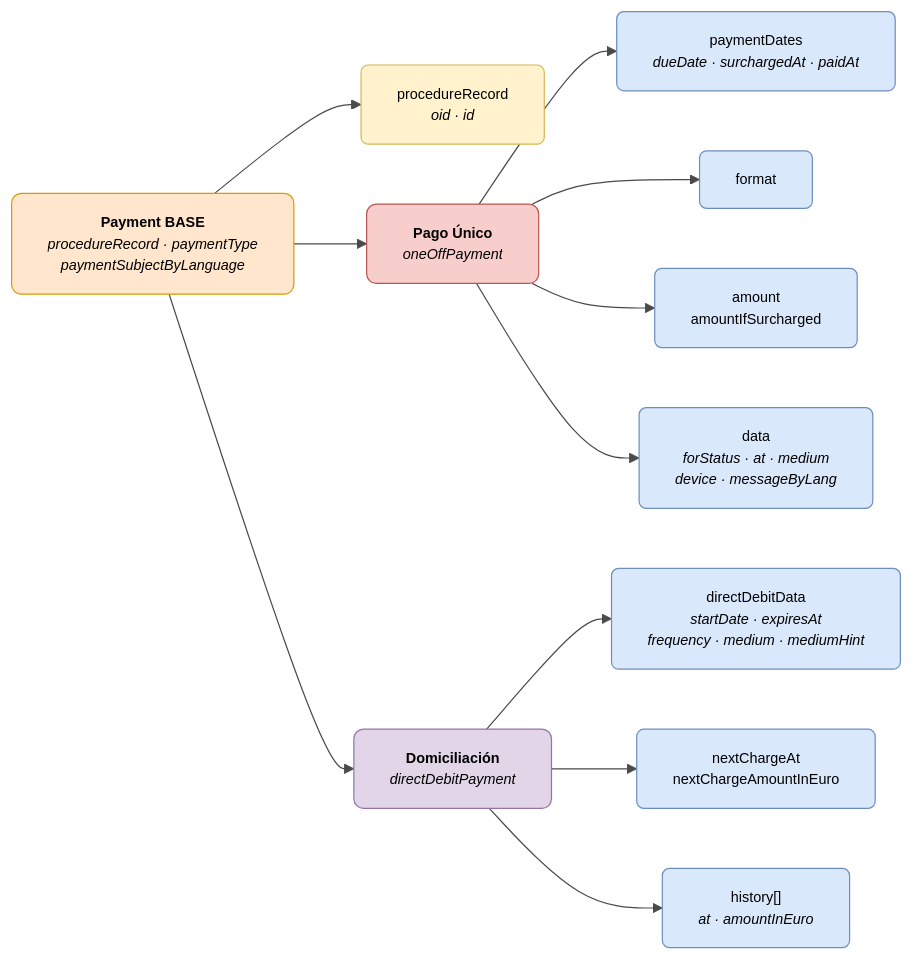
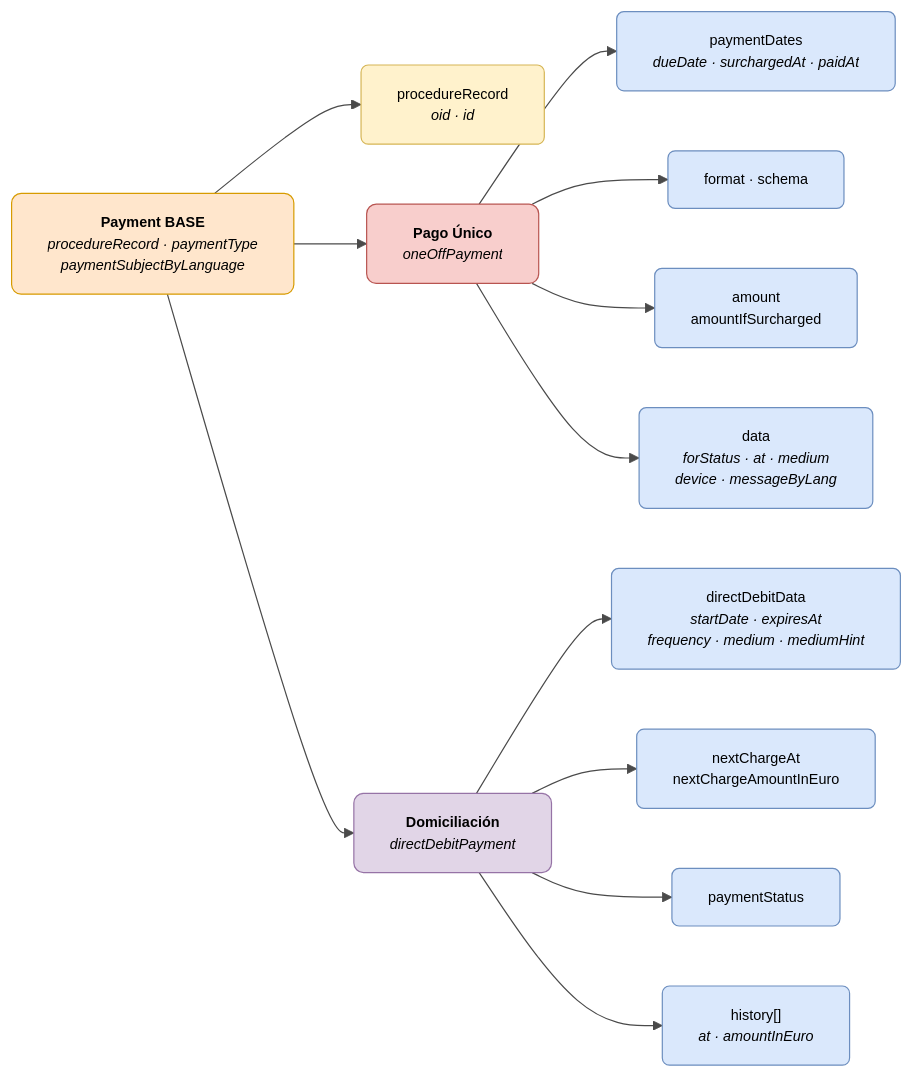
One commit to DENA-Euskadi/dena-euskadi.github.io changed the diagram in docs/semantica/data-retrieve/data/pago.md. Above: the diagram before and after it, drawn with Mermaid. The commit also changed other lines of this file and 14 other files, not shown here.

````diff
--- a/docs/semantica/data-retrieve/data/pago.md
+++ b/docs/semantica/data-retrieve/data/pago.md
@@ -19,42 +19,44 @@
 ```mermaid
 ---
 config:
   theme: base
   themeVariables:
     primaryColor: "#FFFFFF"
     primaryTextColor: "#000000"
     primaryBorderColor: "#CCCCCC"
     lineColor: "#4A4A4A"
     fontSize: "12px"
 ---
 flowchart LR
     PAYBASE["<b>Payment BASE</b><br/><i>procedureRecord · paymentType<br/>paymentSubjectByLanguage</i>"]
 
     PAYBASE --> EXP["procedureRecord<br/><i>oid · id</i>"]
 
     PAYBASE --> ONEOFF["<b>Pago Único</b><br/><i>oneOffPayment</i>"]
     PAYBASE --> DD["<b>Domiciliación</b><br/><i>directDebitPayment</i>"]
 
     ONEOFF --> DATES["paymentDates<br/><i>dueDate · surchargedAt · paidAt</i>"]
-    ONEOFF --> FORMAT["format"]    
+    ONEOFF --> FORMAT["format · schema"]    
     ONEOFF --> AMOUNT["amount<br/>amountIfSurcharged"]
     ONEOFF --> DATA["data<br/><i>forStatus · at · medium<br/>device · messageByLang</i>"]
 
     DD --> DDDATA["directDebitData<br/><i>startDate · expiresAt<br/>frequency · medium · mediumHint</i>"]
     DD --> NEXT["nextChargeAt<br/>nextChargeAmountInEuro"]
+    DD --> STATUS["paymentStatus"]
     DD --> HIST["history[]<br/><i>at · amountInEuro</i>"]
 
     style PAYBASE fill:#ffe6cc,stroke:#d79b00,color:#000000,rx:8,ry:8
     style EXP fill:#fff2cc,stroke:#d6b656,color:#000000,rx:6,ry:6
     style ONEOFF fill:#f8cecc,stroke:#b85450,color:#000000,rx:8,ry:8
     style DD fill:#e1d5e7,stroke:#9673a6,color:#000000,rx:8,ry:8
     style DATES fill:#dae8fc,stroke:#6c8ebf,color:#000000,rx:6,ry:6
     style AMOUNT fill:#dae8fc,stroke:#6c8ebf,color:#000000,rx:6,ry:6
     style FORMAT fill:#dae8fc,stroke:#6c8ebf,color:#000000,rx:6,ry:6
     style DATA fill:#dae8fc,stroke:#6c8ebf,color:#000000,rx:6,ry:6
     style DDDATA fill:#dae8fc,stroke:#6c8ebf,color:#000000,rx:6,ry:6
     style NEXT fill:#dae8fc,stroke:#6c8ebf,color:#000000,rx:6,ry:6
+    style STATUS fill:#dae8fc,stroke:#6c8ebf,color:#000000,rx:6,ry:6
     style HIST fill:#dae8fc,stroke:#6c8ebf,color:#000000,rx:6,ry:6
 
     click EXP "https://github.com/DENA-Euskadi/dena-common-docs/blob/main/docs/semantica/data-retrieve/data/expediente.md" "Ver Expediente"
 ```
````
